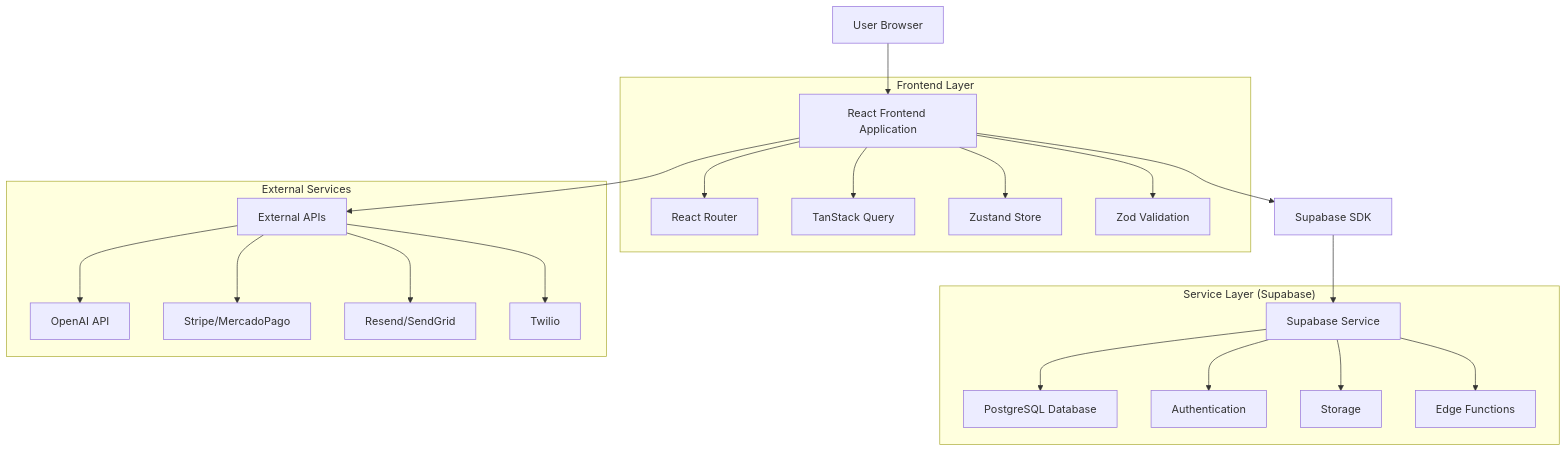
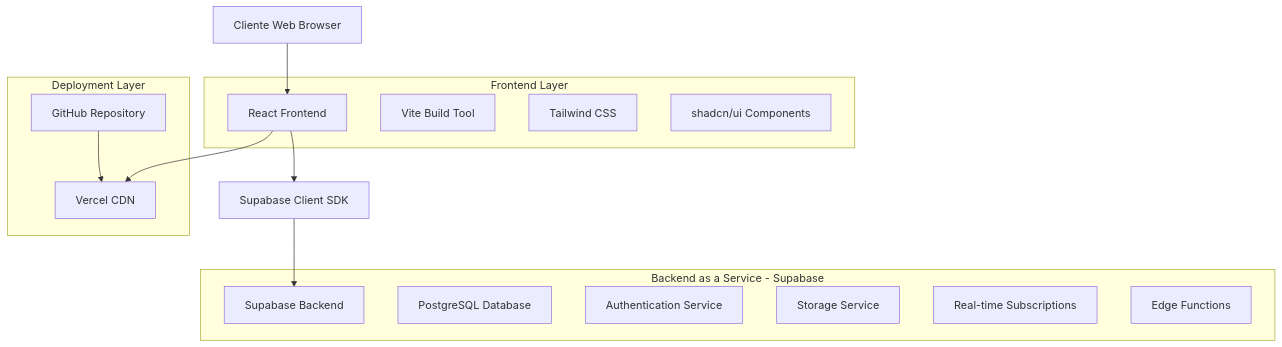
The first of 2 diagrams in .trae/documents/FisioFlow_Arquitetura_Tecnica.md (rafaelminatto1/fisioflow-51658291), drawn with Mermaid before and after one commit. The commit also changed other lines of this file and 66 other files, not shown here.

````diff
--- a/.trae/documents/FisioFlow_Arquitetura_Tecnica.md
+++ b/.trae/documents/FisioFlow_Arquitetura_Tecnica.md
@@ -5,44 +5,30 @@
 ```mermaid
 graph TD
-    A[User Browser] --> B[React Frontend Application]
-    B --> C[Supabase SDK]
-    C --> D[Supabase Service]
-    B --> E[External APIs]
+    A[Cliente Web Browser] --> B[React Frontend]
+    B --> C[Supabase Client SDK]
+    C --> D[Supabase Backend]
     
     subgraph "Frontend Layer"
         B
-        F[React Router]
-        G[TanStack Query]
-        H[Zustand Store]
-        I[Zod Validation]
+        E[Vite Build Tool]
+        F[Tailwind CSS]
+        G[shadcn/ui Components]
     end
     
-    subgraph "Service Layer (Supabase)"
+    subgraph "Backend as a Service - Supabase"
         D
-        J[PostgreSQL Database]
-        K[Authentication]
-        L[Storage]
-        M[Edge Functions]
+        H[PostgreSQL Database]
+        I[Authentication Service]
+        J[Storage Service]
+        K[Real-time Subscriptions]
+        L[Edge Functions]
     end
     
-    subgraph "External Services"
-        E
-        N[OpenAI API]
-        O[Stripe/MercadoPago]
-        P[Resend/SendGrid]
-        Q[Twilio]
+    subgraph "Deployment Layer"
+        M[Vercel CDN]
+        N[GitHub Repository]
     end
     
-    B --> F
-    B --> G
-    B --> H
-    B --> I
-    D --> J
-    D --> K
-    D --> L
-    D --> M
-    E --> N
-    E --> O
-    E --> P
-    E --> Q
+    B --> M
+    N --> M
 ```
````
